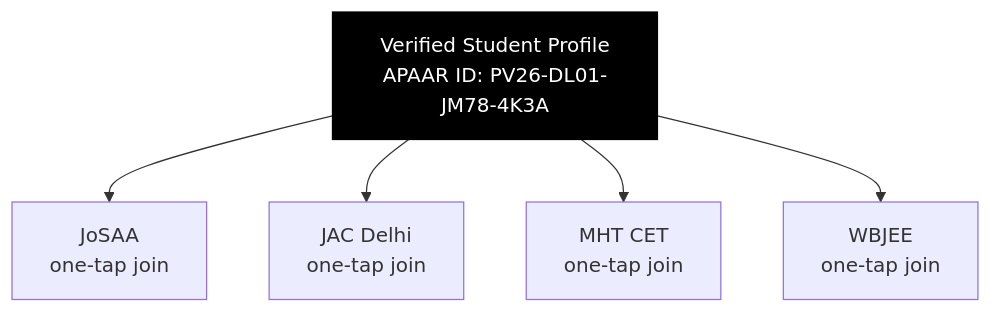
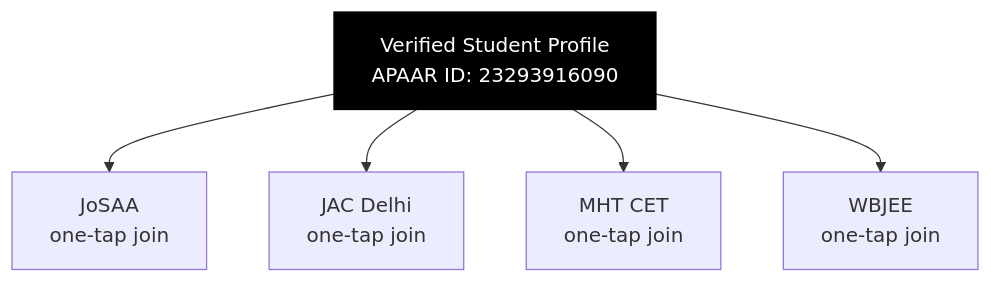
Before and after one commit to aashrutsharma2/docs: the third of 3 diagrams in praveshai/identity-and-verification.mdx, drawn with Mermaid. The commit also changed other lines of this file and 1 other file, not shown here.

````diff
--- a/praveshai/identity-and-verification.mdx
+++ b/praveshai/identity-and-verification.mdx
@@ -116,10 +120,10 @@
 ```mermaid
 graph TD
-    P[Verified Student Profile\nAPAAR ID: PV26-DL01-JM78-4K3A]
+    P[Verified Student Profile\nAPAAR ID: 23293916090]
     P --> C1[JoSAA\none-tap join]
     P --> C2[JAC Delhi\none-tap join]
     P --> C3[MHT CET\none-tap join]
     P --> C4[WBJEE\none-tap join]
 
     style P fill:#000000,color:#ffffff,stroke:#000000
 ```
````
